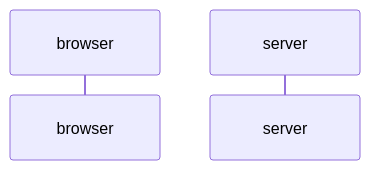
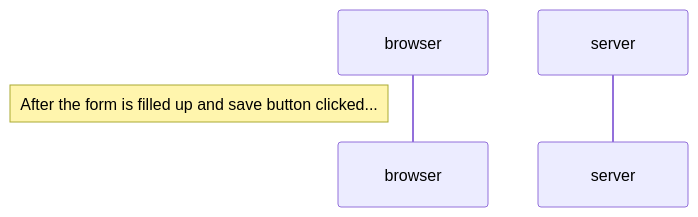
Before and after one commit to auan369/Full-Stack-Open-Course-Submission: the diagram in part0/6-Single-Page-App-Diagram.md, drawn with Mermaid.

Commit message:
part0 exercise 5 and 6 Commit 2

````diff
--- a/part0/6-Single-Page-App-Diagram.md
+++ b/part0/6-Single-Page-App-Diagram.md
@@ -3,11 +3,14 @@
 ```mermaid
 sequenceDiagram;
     participant browser;
     participant server;
+    Note left of browser: After the form is filled up and save button clicked...
+
+    
 
     
 
     
 
     
 ```
````
